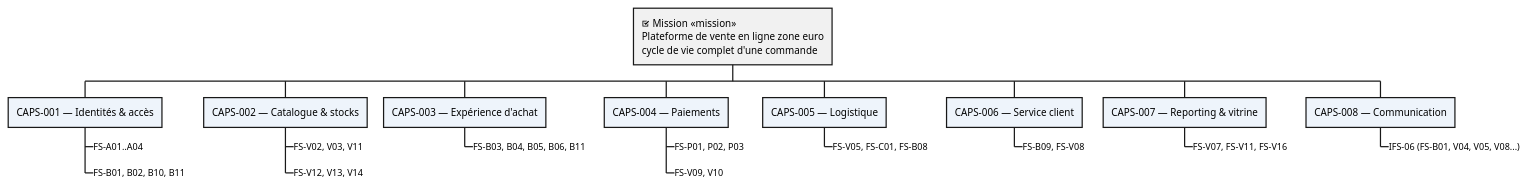
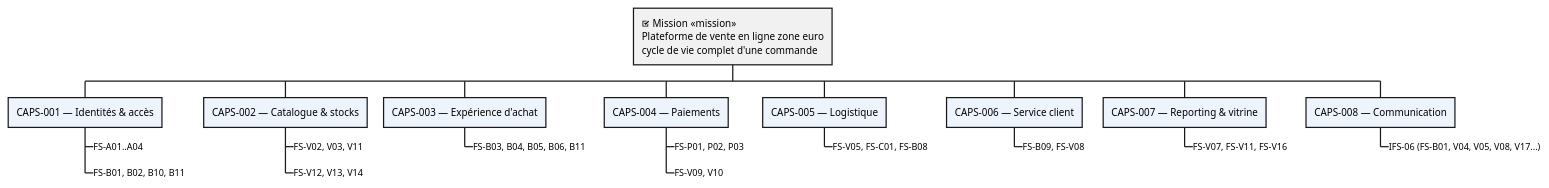
The first of 6 diagrams in architecture/02-system-analysis/sa.adoc (louistalvande/online_shop), drawn with PlantUML before and after one commit. The commit also changed other lines of this file and 17 other files, not shown here.

```diff
--- a/architecture/02-system-analysis/sa.adoc
+++ b/architecture/02-system-analysis/sa.adoc
@@ -214,49 +214,49 @@
 [plantuml, sa-mission-caps-functions, svg]
 ----
 @startwbs
 <style>
 wbsDiagram {
   .mission {
     BackgroundColor #E8F4FD
     FontStyle bold
   }
   .caps {
     BackgroundColor #EEF4FB
   }
   .funcs {
     BackgroundColor #FAFAFA
     FontSize 11
   }
 }
 </style>
 
 * <&task> Mission <<mission>>\nPlateforme de vente en ligne zone euro\ncycle de vie complet d'une commande
 
 ** CAPS-001 — Identités & accès <<caps>>
 ***_ FS-A01..A04 <<funcs>>
 ***_ FS-B01, B02, B10, B11 <<funcs>>
 
 ** CAPS-002 — Catalogue & stocks <<caps>>
 ***_ FS-V02, V03, V11 <<funcs>>
 ***_ FS-V12, V13, V14 <<funcs>>
 
 ** CAPS-003 — Expérience d'achat <<caps>>
 ***_ FS-B03, B04, B05, B06, B11 <<funcs>>
 
 ** CAPS-004 — Paiements <<caps>>
 ***_ FS-P01, P02, P03 <<funcs>>
 ***_ FS-V09, V10 <<funcs>>
 
 ** CAPS-005 — Logistique <<caps>>
 ***_ FS-V05, FS-C01, FS-B08 <<funcs>>
 
 ** CAPS-006 — Service client <<caps>>
 ***_ FS-B09, FS-V08 <<funcs>>
 
 ** CAPS-007 — Reporting & vitrine <<caps>>
 ***_ FS-V07, FS-V11, FS-V16 <<funcs>>
 
 ** CAPS-008 — Communication <<caps>>
-***_ IFS-06 (FS-B01, V04, V05, V08...) <<funcs>>
+***_ IFS-06 (FS-B01, V04, V05, V08, V17...) <<funcs>>
 @endwbs
 ----
```
